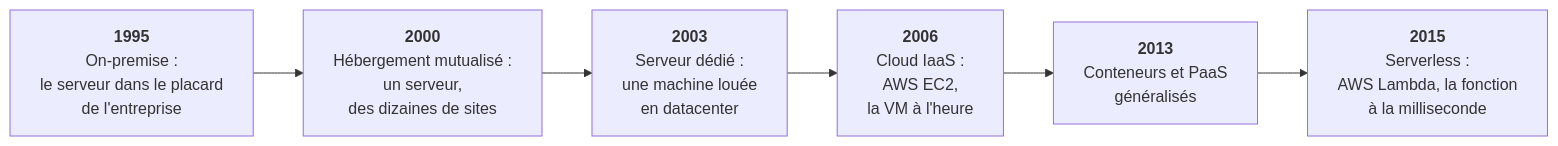
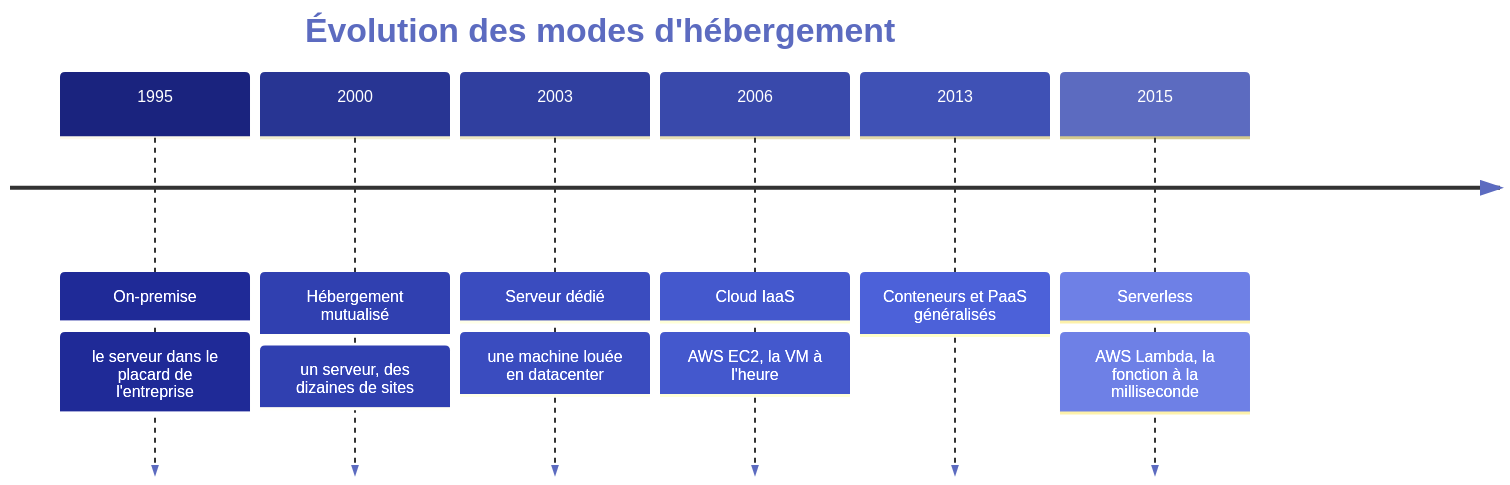
Before and after one commit to menraromial/ingenierie-deploiement: the second of 2 diagrams in docs/semestre1/bloc1/cours/01-anatomie-serveur.md, drawn with Mermaid.

Commit message:
Retour de la timeline d'hébergement avec couleurs explicites (fonds indigo, textes blancs)

````diff
--- a/docs/semestre1/bloc1/cours/01-anatomie-serveur.md
+++ b/docs/semestre1/bloc1/cours/01-anatomie-serveur.md
@@ -114,10 +114,19 @@
 ```mermaid
-flowchart LR
-    A["<b>1995</b><br/>On-premise :<br/>le serveur dans le placard<br/>de l'entreprise"]
-    B["<b>2000</b><br/>Hébergement mutualisé :<br/>un serveur,<br/>des dizaines de sites"]
-    C["<b>2003</b><br/>Serveur dédié :<br/>une machine louée<br/>en datacenter"]
-    D["<b>2006</b><br/>Cloud IaaS :<br/>AWS EC2,<br/>la VM à l'heure"]
-    E["<b>2013</b><br/>Conteneurs et PaaS<br/>généralisés"]
-    F["<b>2015</b><br/>Serverless :<br/>AWS Lambda, la fonction<br/>à la milliseconde"]
-    A --> B --> C --> D --> E --> F
+%%{init: {'theme': 'base', 'themeVariables': {
+  'cScale0': '#1a237e', 'cScaleLabel0': '#ffffff',
+  'cScale1': '#283593', 'cScaleLabel1': '#ffffff',
+  'cScale2': '#303f9f', 'cScaleLabel2': '#ffffff',
+  'cScale3': '#3949ab', 'cScaleLabel3': '#ffffff',
+  'cScale4': '#3f51b5', 'cScaleLabel4': '#ffffff',
+  'cScale5': '#5c6bc0', 'cScaleLabel5': '#ffffff',
+  'textColor': '#5c6bc0', 'titleColor': '#5c6bc0'
+}}}%%
+timeline
+    title Évolution des modes d'hébergement
+    1995 : On-premise : le serveur dans le placard de l'entreprise
+    2000 : Hébergement mutualisé : un serveur, des dizaines de sites
+    2003 : Serveur dédié : une machine louée en datacenter
+    2006 : Cloud IaaS : AWS EC2, la VM à l'heure
+    2013 : Conteneurs et PaaS généralisés
+    2015 : Serverless : AWS Lambda, la fonction à la milliseconde
 ```
````
